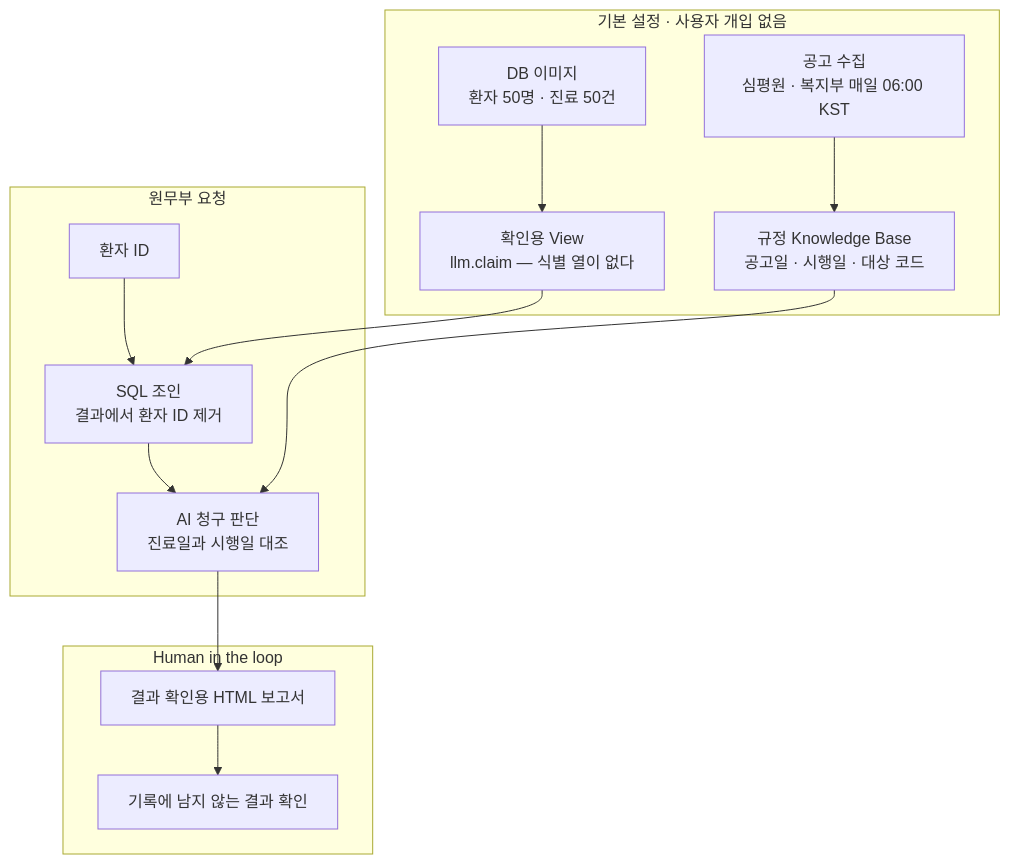
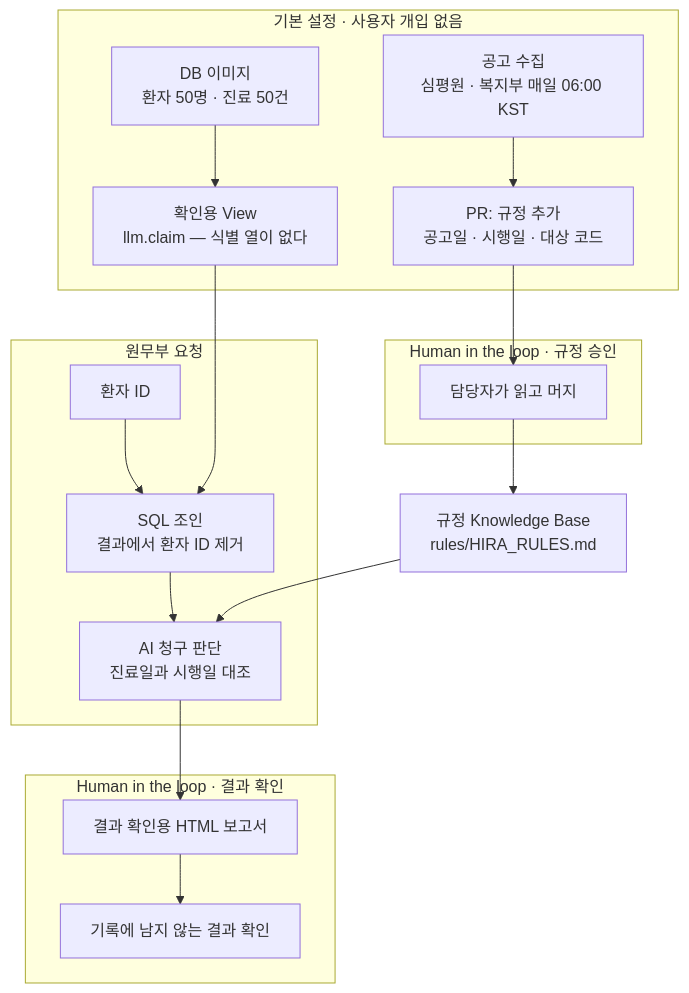
Before and after one commit to t-hajongkim/hira-billing-copilot: the diagram in README.md, drawn with Mermaid. The commit also changed other lines of this file, not shown here.

Commit message:
updated for final review

````diff
--- a/README.md
+++ b/README.md
@@ -13,23 +13,26 @@
 ```mermaid
 flowchart TD
     subgraph SETUP["기본 설정 · 사용자 개입 없음"]
-        IMG["DB 이미지<br/>환자 50명 · 진료 50건"]
-        VIEW["확인용 View<br/>llm.claim — 식별 열이 없다"]
-        SYNC["공고 수집<br/>심평원 · 복지부 매일 06:00 KST"]
-        IMG --> VIEW
-        SYNC --> KB["규정 Knowledge Base<br/>공고일 · 시행일 · 대상 코드"]
+        IMG["DB 이미지<br/>환자 50명 · 진료 50건"] --> VIEW["확인용 View<br/>llm.claim — 식별 열이 없다"]
+        SYNC["공고 수집<br/>심평원 · 복지부 매일 06:00 KST"] --> PR["PR: 규정 추가<br/>공고일 · 시행일 · 대상 코드"]
+    end
+
+    subgraph HITL1["Human in the loop · 규정 승인"]
+        MERGE["담당자가 읽고 머지"]
     end
 
     subgraph WORK["원무부 요청"]
         PID["환자 ID"] --> JOIN["SQL 조인<br/>결과에서 환자 ID 제거"]
         JOIN --> AI["AI 청구 판단<br/>진료일과 시행일 대조"]
     end
 
-    subgraph HITL["Human in the loop"]
+    subgraph HITL2["Human in the loop · 결과 확인"]
         REPORT["결과 확인용 HTML 보고서"] --> CHECK["기록에 남지 않는 결과 확인"]
     end
 
+    PR --> MERGE
+    MERGE --> KB["규정 Knowledge Base<br/>rules/HIRA_RULES.md"]
+    KB --> AI
     VIEW --> JOIN
-    KB --> AI
     AI --> REPORT
 ```
````
